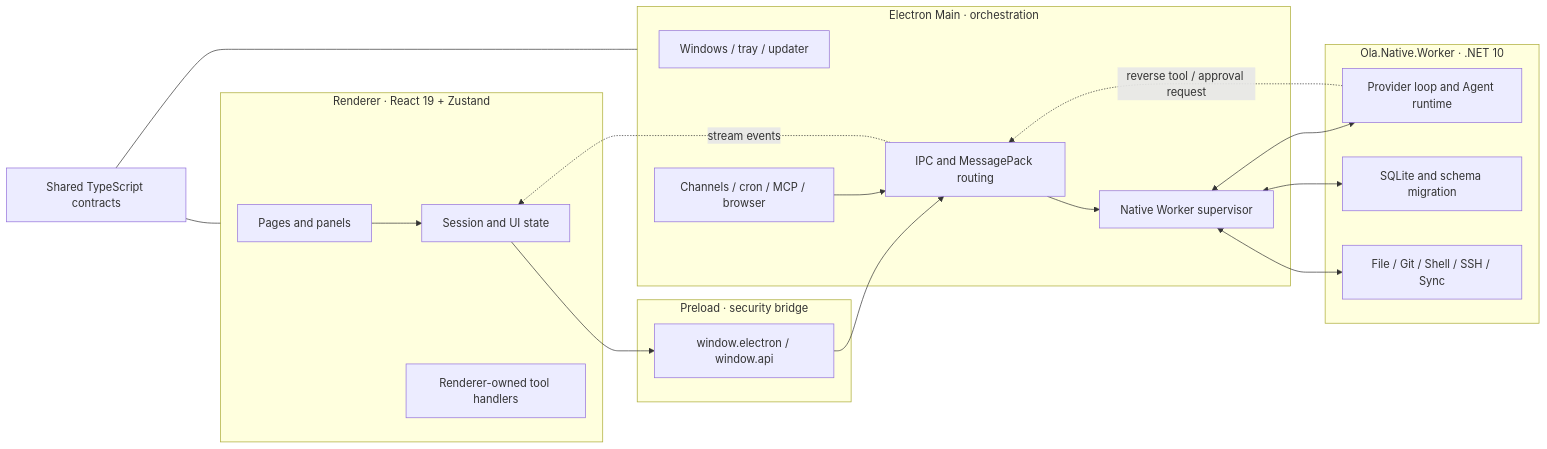
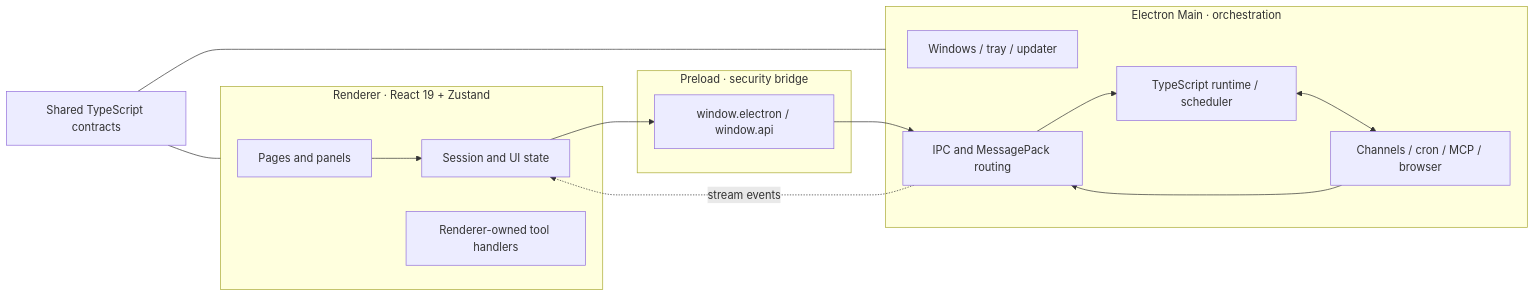
The diagram in docs/docs/reference/architecture.mdx (Leevity/Ola), drawn with Mermaid before and after one commit. The commit also changed other lines of this file and 915 other files, not shown here.

Commit message:
feat(migration): hand off runtime to TypeScript

````diff
--- a/docs/docs/reference/architecture.mdx
+++ b/docs/docs/reference/architecture.mdx
@@ -14,36 +14,27 @@
 ```mermaid
 flowchart LR
   subgraph Renderer["Renderer · React 19 + Zustand"]
     UI["Pages and panels"]
     Stores["Session and UI state"]
     Tools["Renderer-owned tool handlers"]
   end
 
   subgraph Preload["Preload · security bridge"]
     Bridge["window.electron / window.api"]
   end
 
   subgraph Main["Electron Main · orchestration"]
     Windows["Windows / tray / updater"]
     IPC["IPC and MessagePack routing"]
-    Supervisor["Native Worker supervisor"]
+    Runtime["TypeScript runtime / scheduler"]
     Services["Channels / cron / MCP / browser"]
   end
 
-  subgraph Worker["Ola.Native.Worker · .NET 10"]
-    Agent["Provider loop and Agent runtime"]
-    DB["SQLite and schema migration"]
-    Native["File / Git / Shell / SSH / Sync"]
-  end
-
   Shared["Shared TypeScript contracts"]
-  UI --> Stores --> Bridge --> IPC --> Supervisor
-  Supervisor <--> Agent
-  Supervisor <--> DB
-  Supervisor <--> Native
-  Agent -. "reverse tool / approval request" .-> IPC
+  UI --> Stores --> Bridge --> IPC --> Runtime
+  Runtime <--> Services
   IPC -. "stream events" .-> Stores
   Services --> IPC
   Shared --- Renderer
   Shared --- Main
 ```
````
